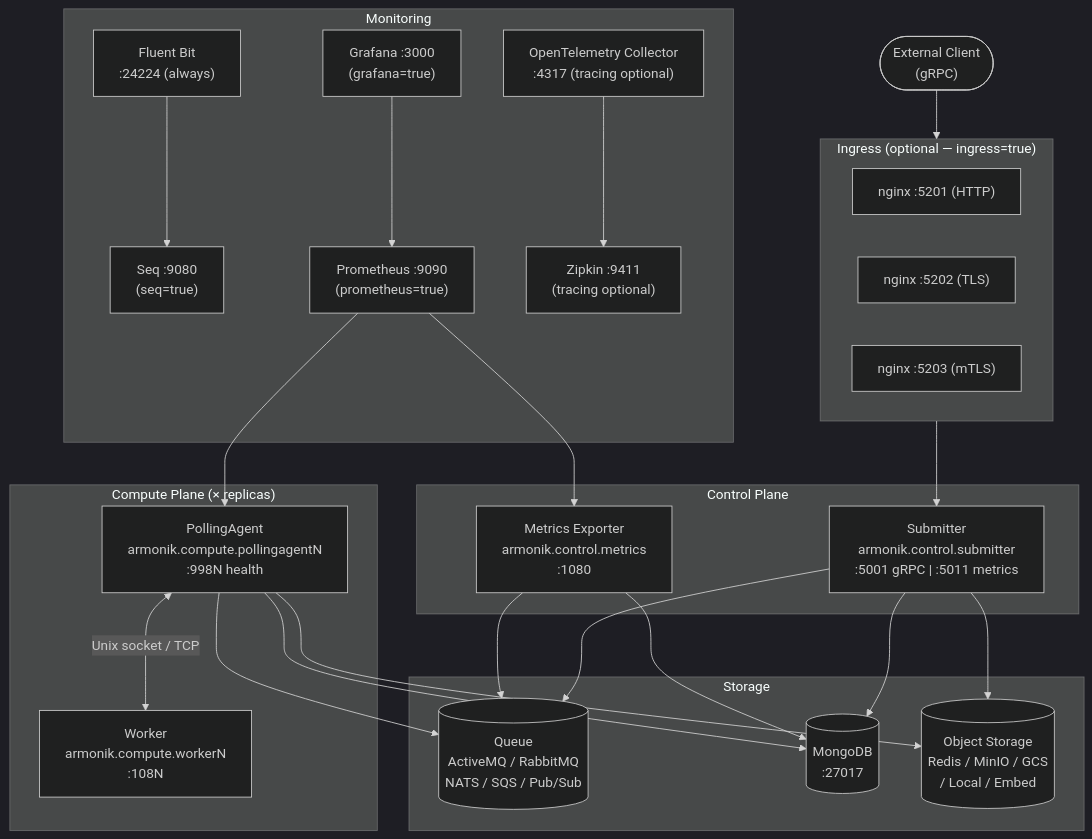
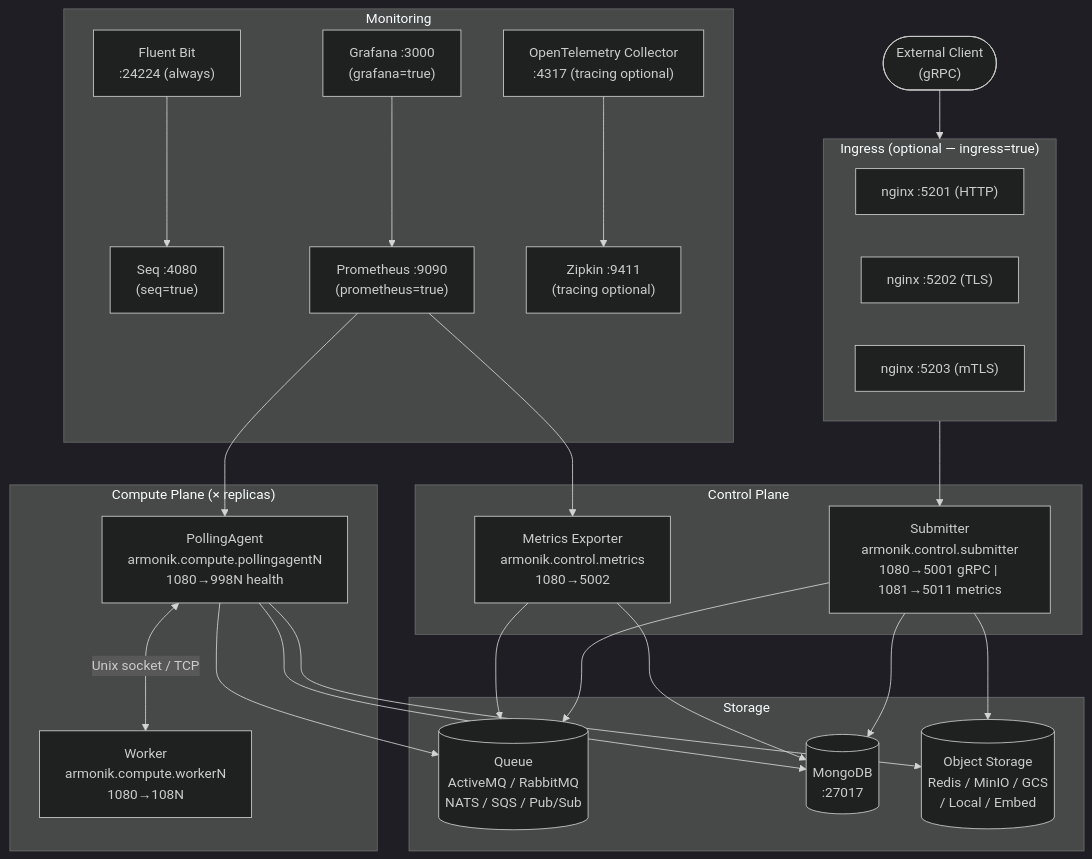
One commit to aneoconsulting/ArmoniK.Core changed the diagram in .docs/content/1.concepts/1.components.md. Above: the diagram before and after it, drawn with Mermaid (dark theme). The commit also changed other lines of this file, not shown here.

Commit message:
docs(components): fix diagram ports, line breaks, Seq port, container count, and Windows network

````diff
--- a/.docs/content/1.concepts/1.components.md
+++ b/.docs/content/1.concepts/1.components.md
@@ -13,52 +13,52 @@
 ```{mermaid}
 graph TB
     Client(["External Client<br/>(gRPC)"])
 
     subgraph Ingress ["Ingress (optional — ingress=true)"]
         nginx_http["nginx :5201 (HTTP)"]
         nginx_tls["nginx :5202 (TLS)"]
         nginx_mtls["nginx :5203 (mTLS)"]
     end
 
     subgraph Control ["Control Plane"]
-        submitter["Submitter<br/>armonik.control.submitter<br/>:5001 gRPC | :5011 metrics"]
-        metrics["Metrics Exporter<br/>armonik.control.metrics<br/>:1080"]
+        submitter["Submitter<br/>armonik.control.submitter<br/>1080→5001 gRPC | 1081→5011 metrics"]
+        metrics["Metrics Exporter<br/>armonik.control.metrics<br/>1080→5002"]
     end
 
     subgraph Compute ["Compute Plane (× replicas)"]
-        pa["PollingAgent<br/>armonik.compute.pollingagentN<br/>:998N health"]
-        worker["Worker<br/>armonik.compute.workerN<br/>:108N"]
+        pa["PollingAgent<br/>armonik.compute.pollingagentN<br/>1080→998N health"]
+        worker["Worker<br/>armonik.compute.workerN<br/>1080→108N"]
         pa <-->|"Unix socket / TCP"| worker
     end
 
     subgraph Storage ["Storage"]
-        queue[("Queue\nActiveMQ / RabbitMQ\nNATS / SQS / Pub/Sub")]
-        db[("MongoDB\n:27017")]
-        obj[("Object Storage\nRedis / MinIO / GCS\n/ Local / Embed")]
+        queue[("Queue<br/>ActiveMQ / RabbitMQ<br/>NATS / SQS / Pub/Sub")]
+        db[("MongoDB<br/>:27017")]
+        obj[("Object Storage<br/>Redis / MinIO / GCS<br/>/ Local / Embed")]
     end
 
     subgraph Monitoring ["Monitoring"]
-        fluent["Fluent Bit\n:24224 (always)"]
-        seq["Seq :9080\n(seq=true)"]
-        prom["Prometheus :9090\n(prometheus=true)"]
-        grafana["Grafana :3000\n(grafana=true)"]
-        otel["OpenTelemetry Collector\n:4317 (tracing optional)"]
-        zipkin["Zipkin :9411\n(tracing optional)"]
+        fluent["Fluent Bit<br/>:24224 (always)"]
+        seq["Seq :4080<br/>(seq=true)"]
+        prom["Prometheus :9090<br/>(prometheus=true)"]
+        grafana["Grafana :3000<br/>(grafana=true)"]
+        otel["OpenTelemetry Collector<br/>:4317 (tracing optional)"]
+        zipkin["Zipkin :9411<br/>(tracing optional)"]
     end
 
     Client --> Ingress
     Ingress --> submitter
     submitter --> queue
     submitter --> db
     submitter --> obj
     pa --> queue
     pa --> db
     pa --> obj
     metrics --> db
     metrics --> queue
     prom --> metrics
     prom --> pa
     grafana --> prom
     fluent --> seq
     otel --> zipkin
 ```
````
